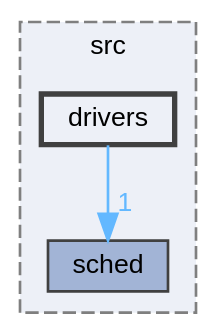
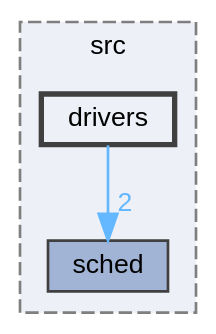
Before and after one commit to Ghaadyy/elevator-controller: the diagram in dir_e200633b3c29dcc6afc0356839fb5e29_dep.dot, drawn with Graphviz. The commit also changed 437 other files, not shown here.

```diff
--- a/dir_e200633b3c29dcc6afc0356839fb5e29_dep.dot
+++ b/dir_e200633b3c29dcc6afc0356839fb5e29_dep.dot
@@ -1,14 +1,14 @@
 digraph "firmware/src/drivers"
 {
  // LATEX_PDF_SIZE
   bgcolor="transparent";
   edge [fontname=Helvetica,fontsize=10,labelfontname=Helvetica,labelfontsize=10];
   node [fontname=Helvetica,fontsize=10,shape=box,height=0.2,width=0.4];
   compound=true
   subgraph clusterdir_c898ccd6027d5da3247aa855d21ca2cf {
     graph [ bgcolor="#edf0f7", pencolor="grey50", label="src", fontname=Helvetica,fontsize=10 style="filled,dashed", URL="dir_c898ccd6027d5da3247aa855d21ca2cf.html",tooltip=""]
   dir_7823007820cfe4d1a4ad04f11c50e251 [label="sched", fillcolor="#a2b4d6", color="grey25", style="filled", URL="dir_7823007820cfe4d1a4ad04f11c50e251.html",tooltip=""];
   dir_e200633b3c29dcc6afc0356839fb5e29 [label="drivers", fillcolor="#edf0f7", color="grey25", style="filled,bold", URL="dir_e200633b3c29dcc6afc0356839fb5e29.html",tooltip=""];
   }
-  dir_e200633b3c29dcc6afc0356839fb5e29->dir_7823007820cfe4d1a4ad04f11c50e251 [headlabel="1", labeldistance=1.5 headhref="dir_000001_000003.html" href="dir_000001_000003.html" color="steelblue1" fontcolor="steelblue1"];
+  dir_e200633b3c29dcc6afc0356839fb5e29->dir_7823007820cfe4d1a4ad04f11c50e251 [headlabel="2", labeldistance=1.5 headhref="dir_000001_000003.html" href="dir_000001_000003.html" color="steelblue1" fontcolor="steelblue1"];
 }
```
